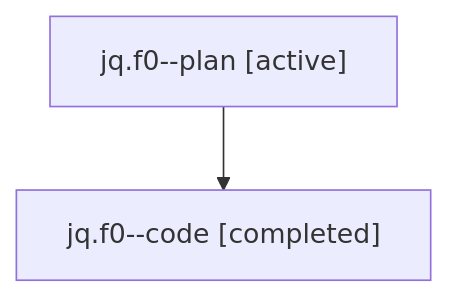
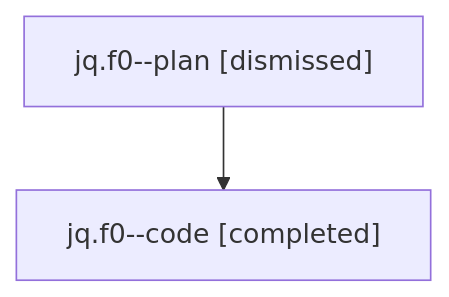
One commit to sase-org/sase--agents changed the diagram in sessions/bbugyi200.athena.jq.f0.md. Above: the diagram before and after it, drawn with Mermaid. The commit also changed other lines of this file and 50 other files, not shown here.

````diff
--- a/sessions/bbugyi200.athena.jq.f0.md
+++ b/sessions/bbugyi200.athena.jq.f0.md
@@ -9,6 +9,6 @@
 ```mermaid
 flowchart TD
-  n0["jq.f0--plan [active]"]
+  n0["jq.f0--plan [dismissed]"]
   n1["jq.f0--code [completed]"]
   n0 --> n1
 ```
````
